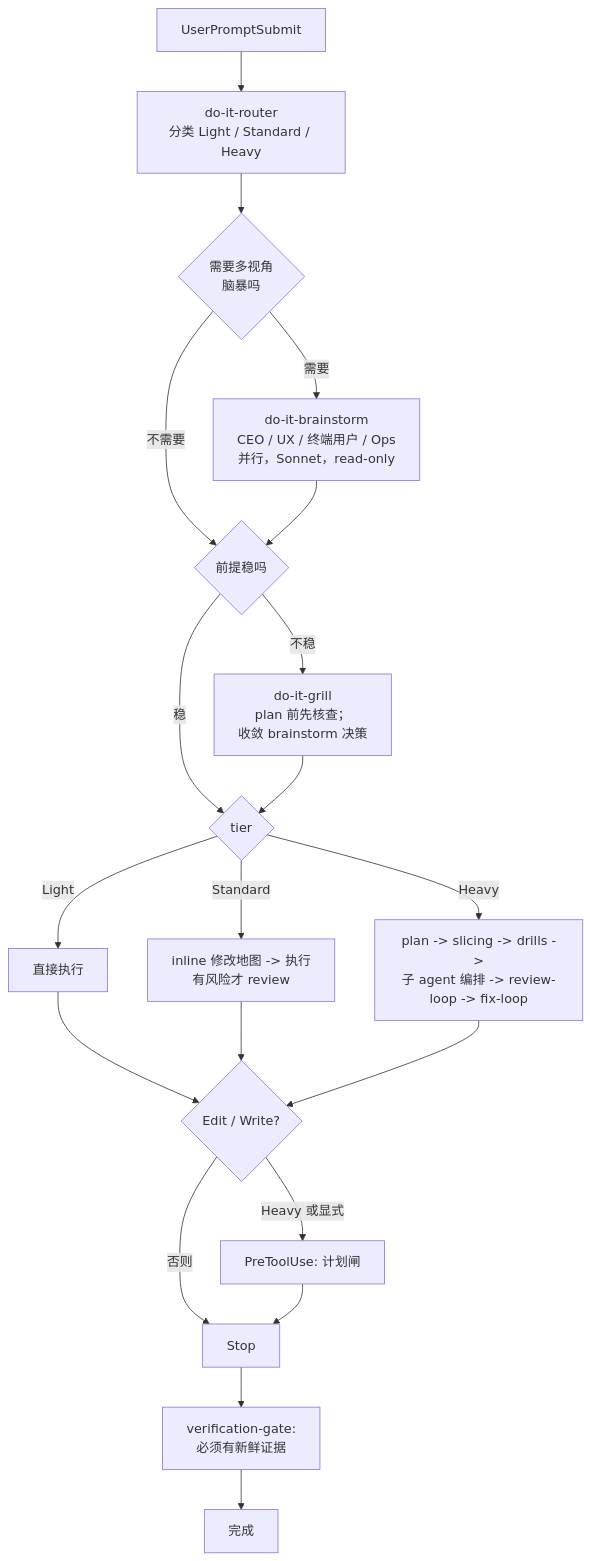
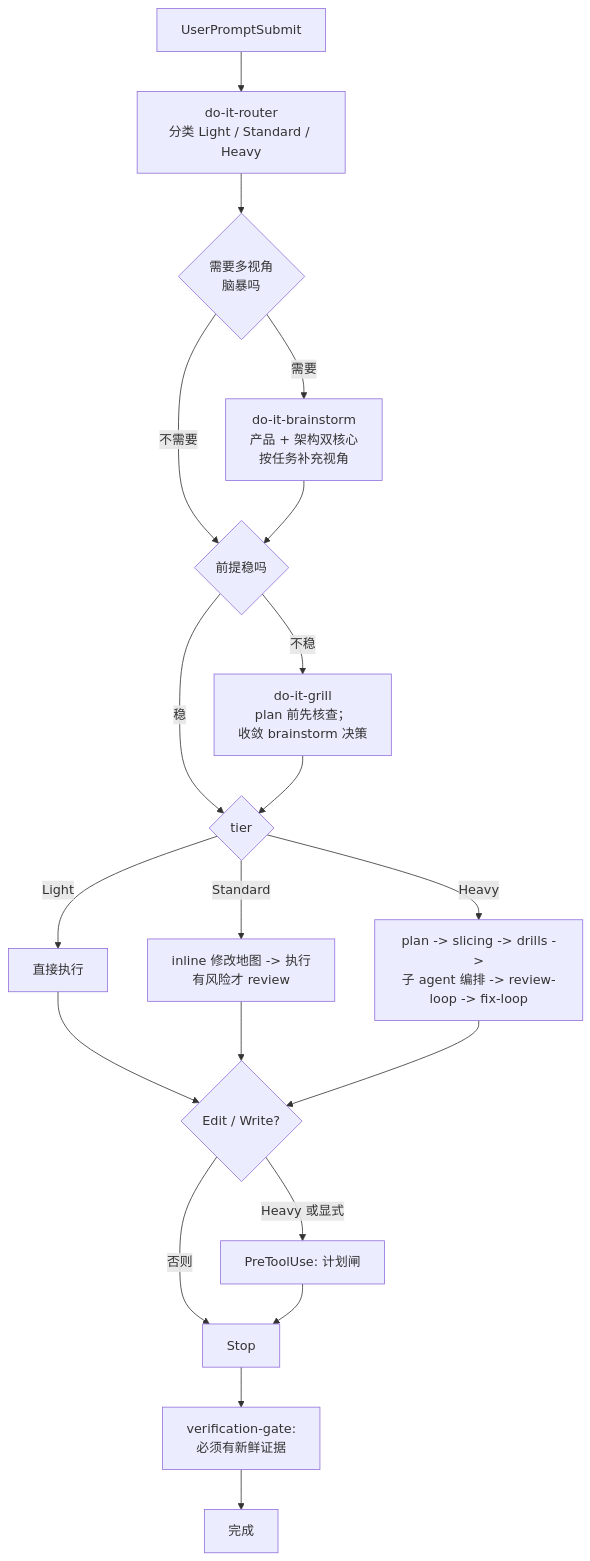
One commit to tdwhere123/do-it changed the diagram in README.zh-CN.md. Above: the diagram before and after it, drawn with Mermaid. The commit also changed other lines of this file and 21 other files, not shown here.

````diff
--- a/README.zh-CN.md
+++ b/README.zh-CN.md
@@ -121,22 +122,22 @@
 ```mermaid
 flowchart TD
     P[UserPromptSubmit] --> R[do-it-router<br/>分类 Light / Standard / Heavy]
     R --> M{需要多视角<br/>脑暴吗}
-    M -- 需要 --> BR[do-it-brainstorm<br/>CEO / UX / 终端用户 / Ops<br/>并行，Sonnet，read-only]
+    M -- 需要 --> BR[do-it-brainstorm<br/>产品 + 架构双核心<br/>按任务补充视角]
     M -- 不需要 --> G
     BR --> G{前提稳吗}
     G -- 不稳 --> GR[do-it-grill<br/>plan 前先核查；<br/>收敛 brainstorm 决策]
     G -- 稳 --> T{tier}
     GR --> T
     T -- Light --> L[直接执行]
     T -- Standard --> S[inline 修改地图 -> 执行<br/>有风险才 review]
     T -- Heavy --> H[plan -> slicing -> drills -><br/>子 agent 编排 -> review-loop -> fix-loop]
     L --> PG{Edit / Write?}
     S --> PG
     H --> PG
     PG -- Heavy 或显式 --> PGY[PreToolUse: 计划闸]
     PG -- 否则 --> V[Stop]
     PGY --> V
     V --> VG[verification-gate:<br/>必须有新鲜证据]
     VG --> D[完成]
 ```
````
